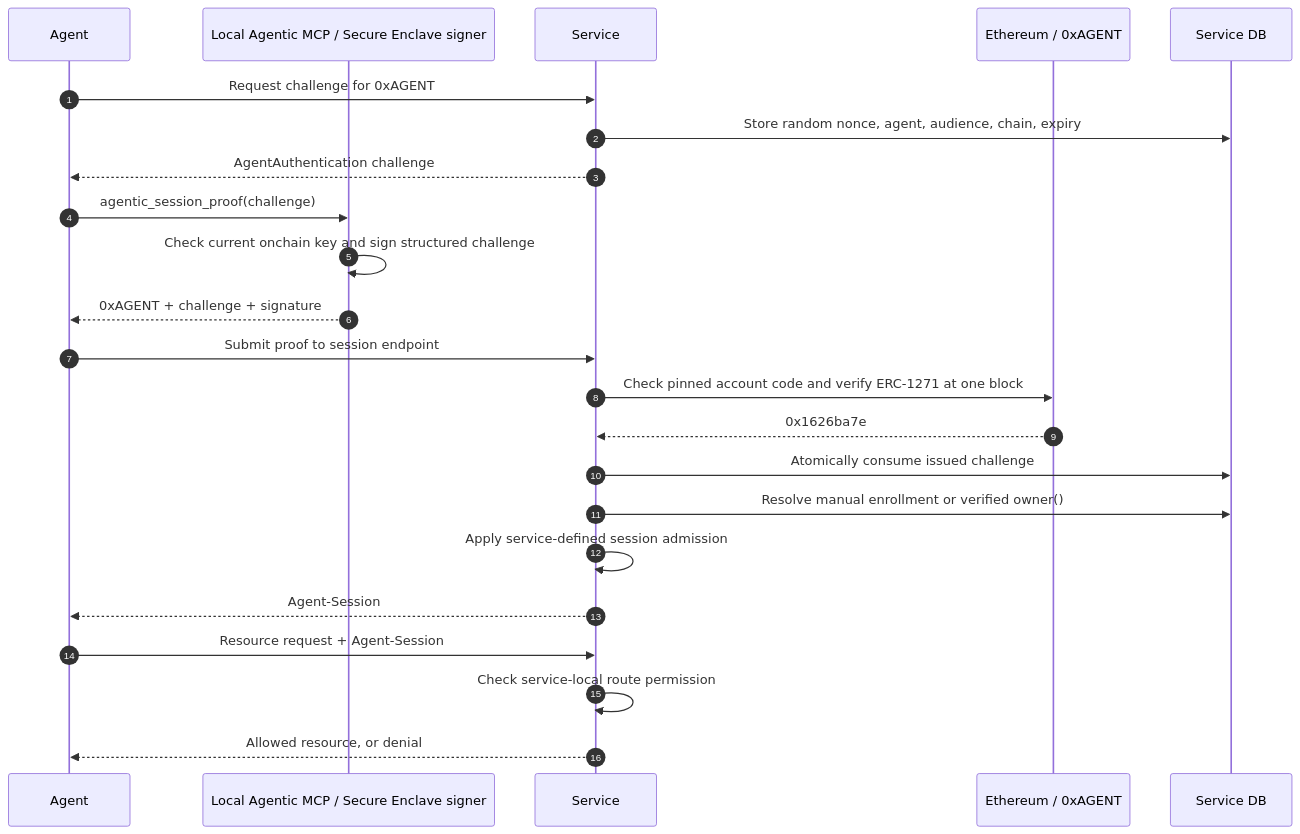
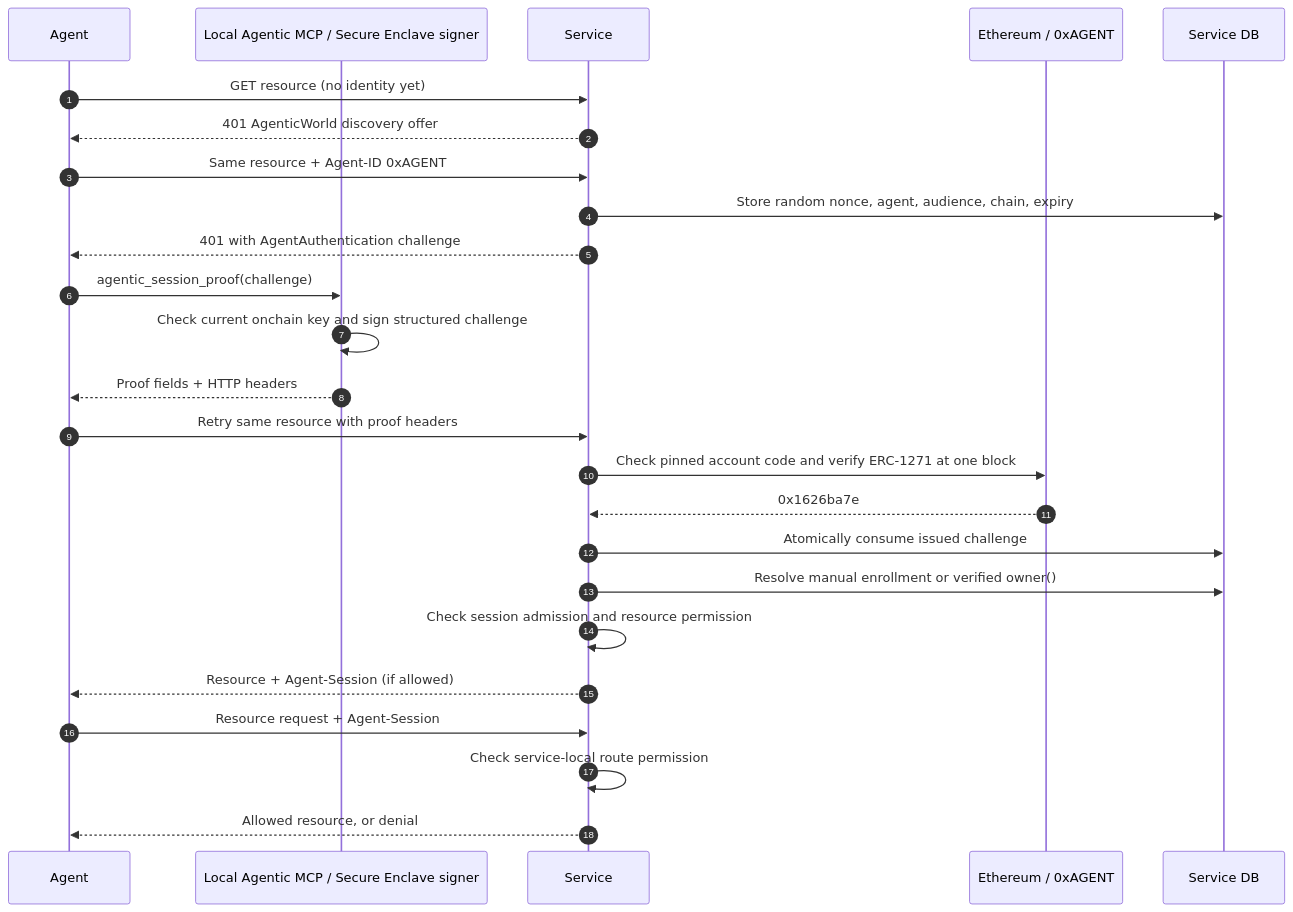
One commit to ryuux05/eth-tokyo-2026 changed the second of 2 diagrams in docs/PROTOCOL.md. Above: the diagram before and after it, drawn with Mermaid. The commit also changed other lines of this file and 5 other files, not shown here.

Commit message:
docs: align SDK guide and agent skills with resource middleware

````diff
--- a/docs/PROTOCOL.md
+++ b/docs/PROTOCOL.md
@@ -60,25 +60,27 @@
 ```mermaid
 sequenceDiagram
     autonumber
     participant A as Agent
     participant K as Local Agentic MCP / Secure Enclave signer
     participant S as Service
     participant E as Ethereum / 0xAGENT
     participant D as Service DB
-    A->>S: Request challenge for 0xAGENT
+    A->>S: GET resource (no identity yet)
+    S-->>A: 401 AgenticWorld discovery offer
+    A->>S: Same resource + Agent-ID 0xAGENT
     S->>D: Store random nonce, agent, audience, chain, expiry
-    S-->>A: AgentAuthentication challenge
+    S-->>A: 401 with AgentAuthentication challenge
     A->>K: agentic_session_proof(challenge)
     K->>K: Check current onchain key and sign structured challenge
-    K-->>A: 0xAGENT + challenge + signature
-    A->>S: Submit proof to session endpoint
+    K-->>A: Proof fields + HTTP headers
+    A->>S: Retry same resource with proof headers
     S->>E: Check pinned account code and verify ERC-1271 at one block
     E-->>S: 0x1626ba7e
     S->>D: Atomically consume issued challenge
     S->>D: Resolve manual enrollment or verified owner()
-    S->>S: Apply service-defined session admission
-    S-->>A: Agent-Session
+    S->>S: Check session admission and resource permission
+    S-->>A: Resource + Agent-Session (if allowed)
     A->>S: Resource request + Agent-Session
     S->>S: Check service-local route permission
     S-->>A: Allowed resource, or denial
 ```
````
